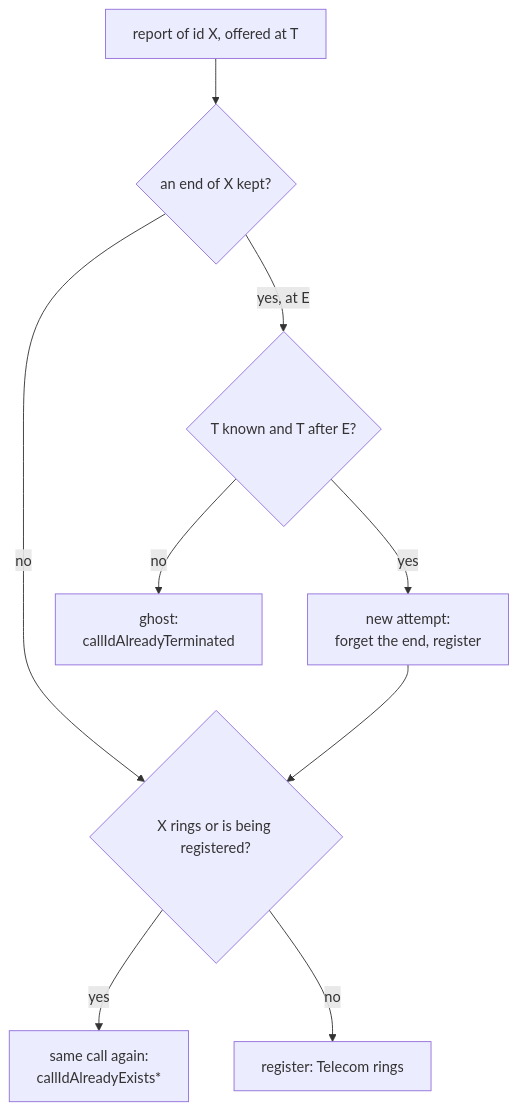
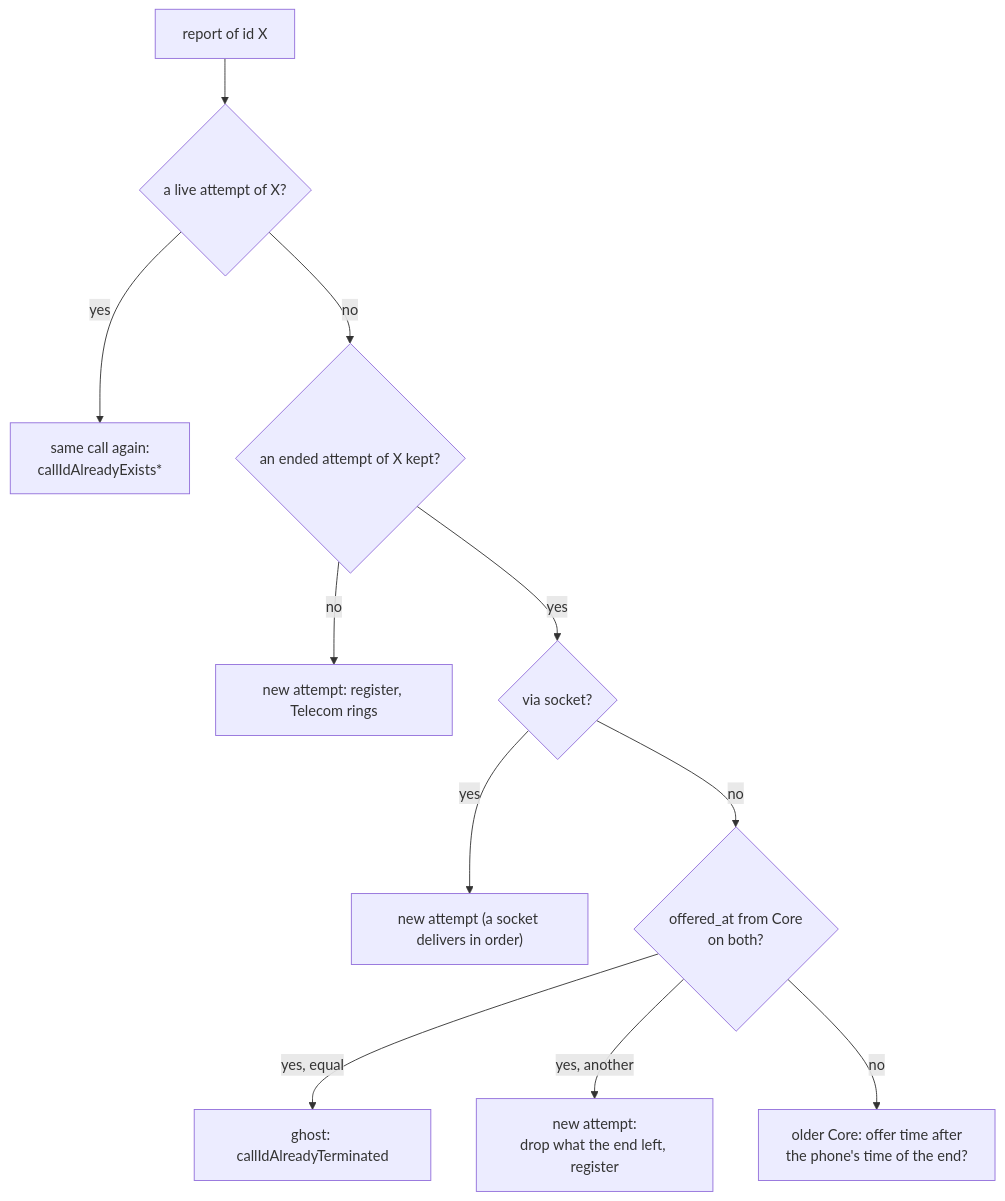
Before and after one commit to portaone/porta-phone-mobile-app: the second of 2 diagrams in phone/docs/architecture/incoming_call_lifecycle.md, drawn with Mermaid. The commit also changed other lines of this file and 6 other files, not shown here.

````diff
--- a/phone/docs/architecture/incoming_call_lifecycle.md
+++ b/phone/docs/architecture/incoming_call_lifecycle.md
@@ -92,10 +120,13 @@
 ```mermaid
 flowchart TB
-  R["report of id X, offered at T"] --> K{"an end of X kept?"}
-  K -- "no" --> D{"X rings or is being registered?"}
-  K -- "yes, at E" --> N{"T known and T after E?"}
-  N -- "yes" --> F["new attempt:<br/>forget the end, register"] --> D
-  N -- "no" --> G["ghost:<br/>callIdAlreadyTerminated"]
-  D -- "yes" --> J["same call again:<br/>callIdAlreadyExists*"]
-  D -- "no" --> REG["register: Telecom rings"]
+  R["report of id X"] --> L{"a live attempt of X?"}
+  L -- "yes" --> SAME["same call again:<br/>callIdAlreadyExists*"]
+  L -- "no" --> E{"an ended attempt of X kept?"}
+  E -- "no" --> NEW["new attempt: register, Telecom rings"]
+  E -- "yes" --> V{"via socket?"}
+  V -- "yes" --> NEW2["new attempt (a socket delivers in order)"]
+  V -- "no" --> C{"offered_at from Core<br/>on both?"}
+  C -- "yes, equal" --> G["ghost: callIdAlreadyTerminated"]
+  C -- "yes, another" --> NEW3["new attempt:<br/>drop what the end left, register"]
+  C -- "no" --> OLD["older Core: offer time after<br/>the phone's time of the end?"]
 ```
````
